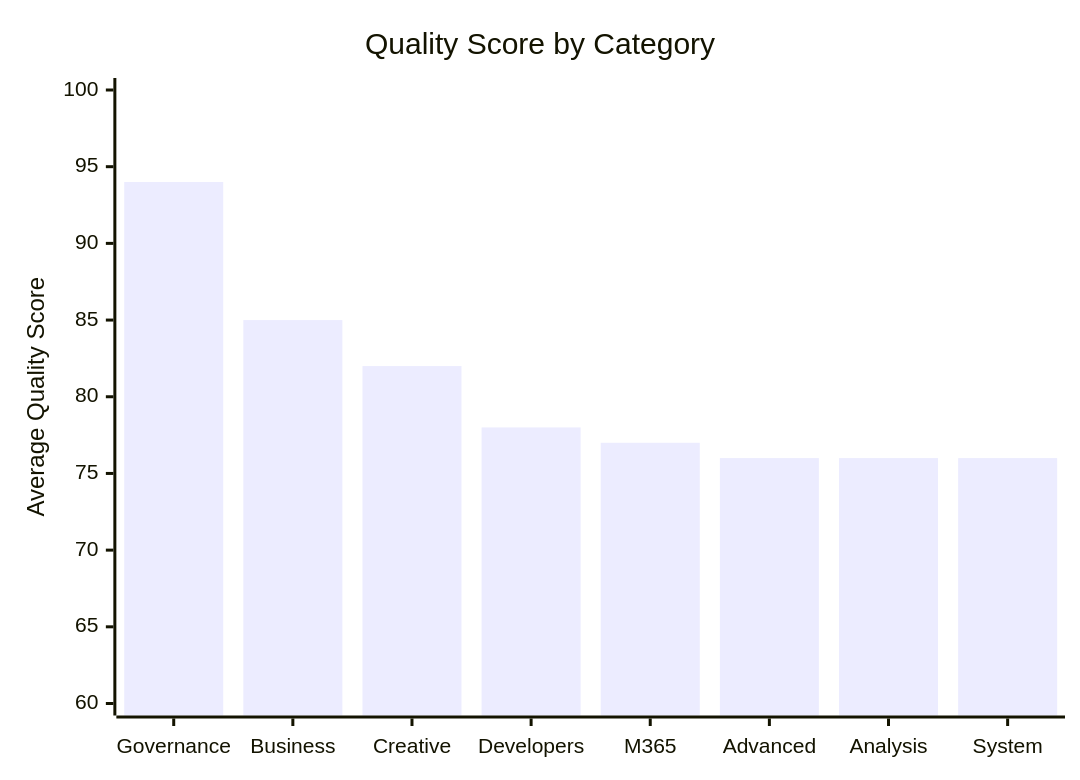
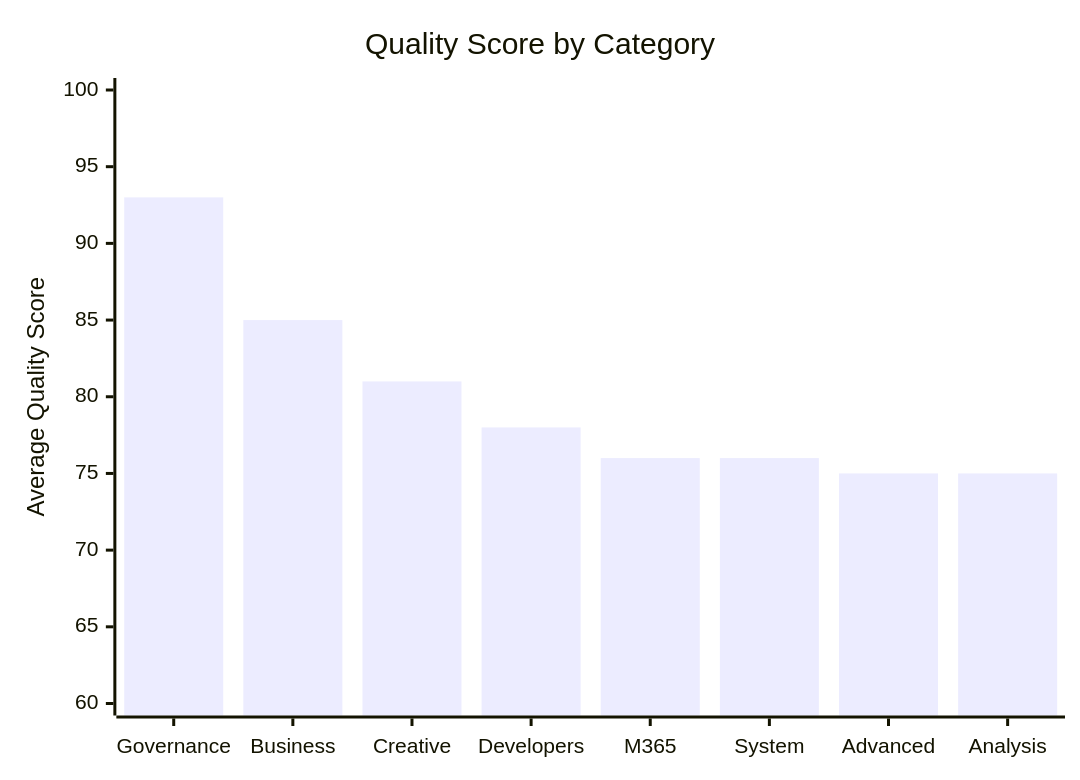
One commit to tafreeman/prompts changed the second of 2 diagrams in docs/EVALUATION_REPORT.md. Above: the diagram before and after it, drawn with Mermaid. The commit also changed other lines of this file and 33 other files, not shown here.

````diff
--- a/docs/EVALUATION_REPORT.md
+++ b/docs/EVALUATION_REPORT.md
@@ -95,7 +95,7 @@
 ```mermaid
 xychart-beta
     title "Quality Score by Category"
-    x-axis [Governance, Business, Creative, Developers, M365, Advanced, Analysis, System]
+    x-axis [Governance, Business, Creative, Developers, M365, System, Advanced, Analysis]
     y-axis "Average Quality Score" 60 --> 100
-    bar [94, 85, 82, 78, 77, 76, 76, 76]
+    bar [93, 85, 81, 78, 76, 76, 75, 75]
 ```
````
